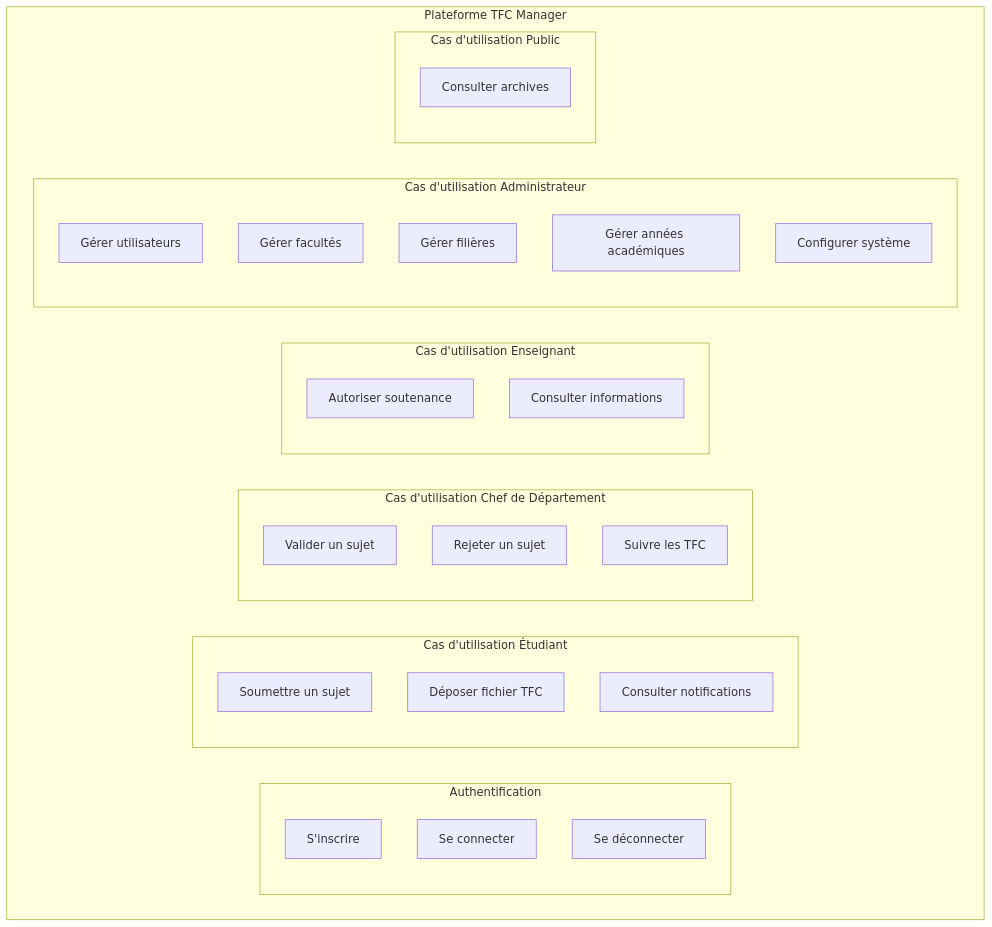
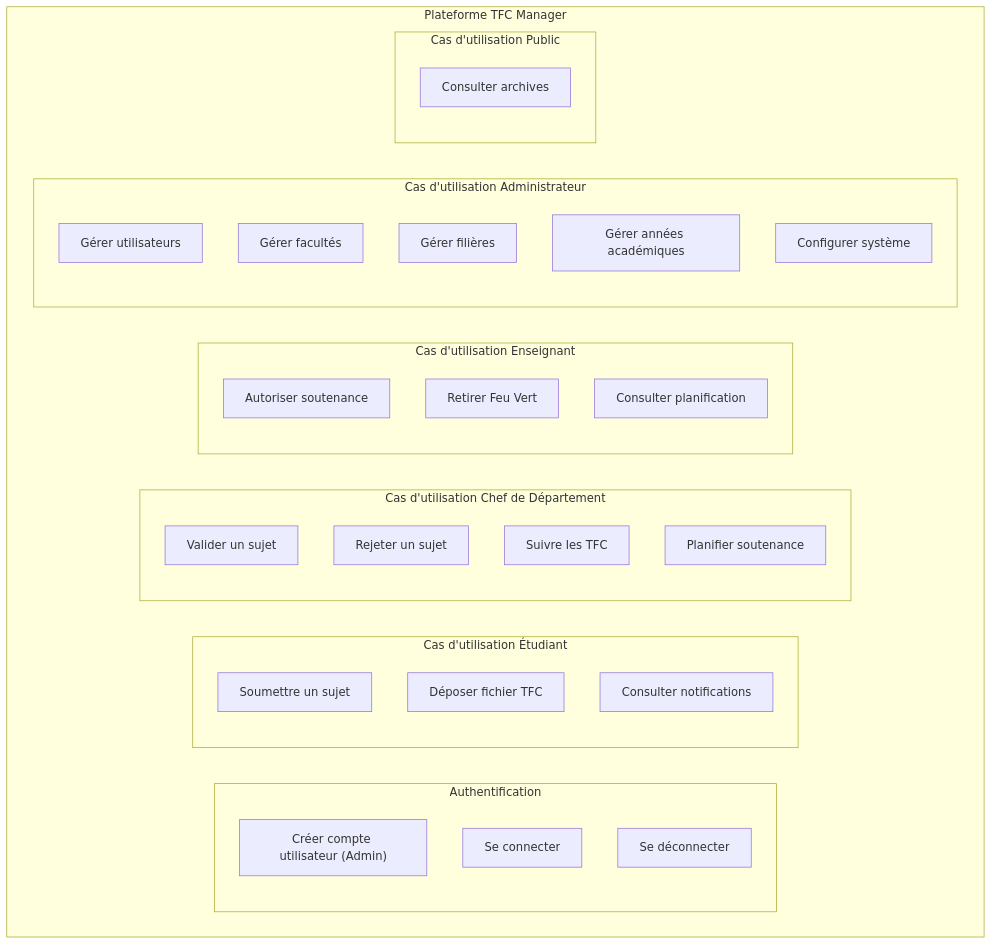
One commit to DavidMwangaza/TFC-Manager changed the second of 14 diagrams in DIAGRAMMES-DESCRIPTIONS.md. Above: the diagram before and after it, drawn with Mermaid. The commit also changed other lines of this file and 34 other files, not shown here.

````diff
--- a/DIAGRAMMES-DESCRIPTIONS.md
+++ b/DIAGRAMMES-DESCRIPTIONS.md
@@ -121,39 +125,41 @@
 ```mermaid
 graph TB
     subgraph Systeme["Plateforme TFC Manager"]
         subgraph Authentification["Authentification"]
-            CU01["S'inscrire"]
+            CU01["Créer compte utilisateur (Admin)"]
             CU02["Se connecter"]
             CU02bis["Se déconnecter"]
         end
         
         subgraph Etudiant_CU["Cas d'utilisation Étudiant"]
             CU03["Soumettre un sujet"]
             CU06["Déposer fichier TFC"]
             CU_Consult1["Consulter notifications"]
         end
         
         subgraph ChefDept_CU["Cas d'utilisation Chef de Département"]
             CU04["Valider un sujet"]
             CU05["Rejeter un sujet"]
             CU_ChefSuiv["Suivre les TFC"]
+            CU13["Planifier soutenance"]
         end
         
         subgraph Enseignant_CU["Cas d'utilisation Enseignant"]
             CU07["Autoriser soutenance"]
-            CU_EnseignInfo["Consulter informations"]
+            CU14["Retirer Feu Vert"]
+            CU_EnseignInfo["Consulter planification"]
         end
         
         subgraph Admin_CU["Cas d'utilisation Administrateur"]
             CU09["Gérer utilisateurs"]
             CU10["Gérer facultés"]
             CU11["Gérer filières"]
             CU12["Gérer années académiques"]
             CU_AdminConfig["Configurer système"]
         end
         
         subgraph Public_CU["Cas d'utilisation Public"]
             CU08["Consulter archives"]
         end
     end
 ```
````
